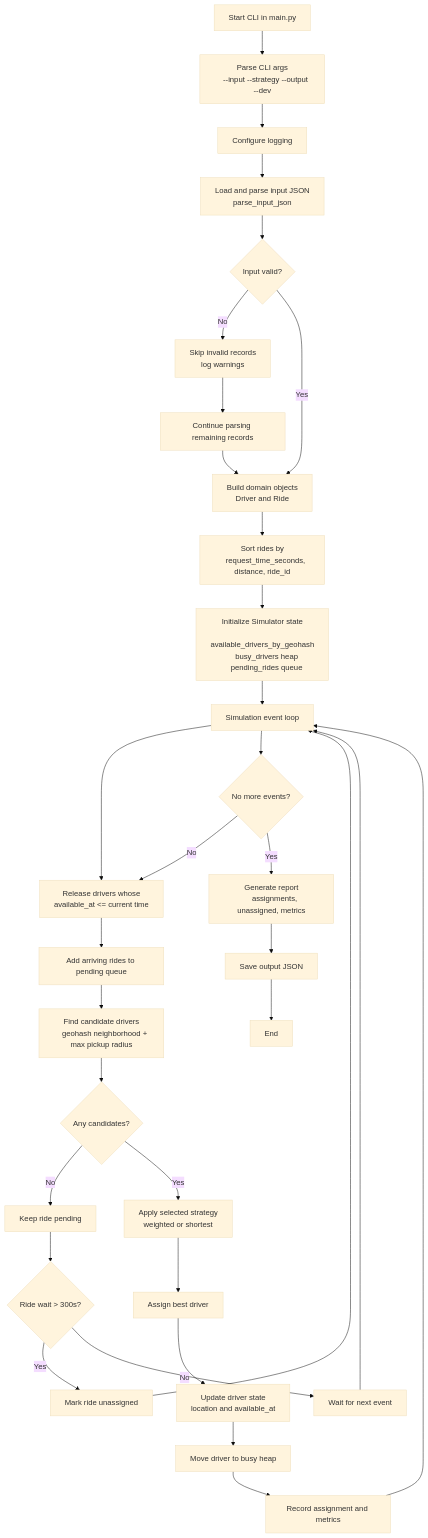
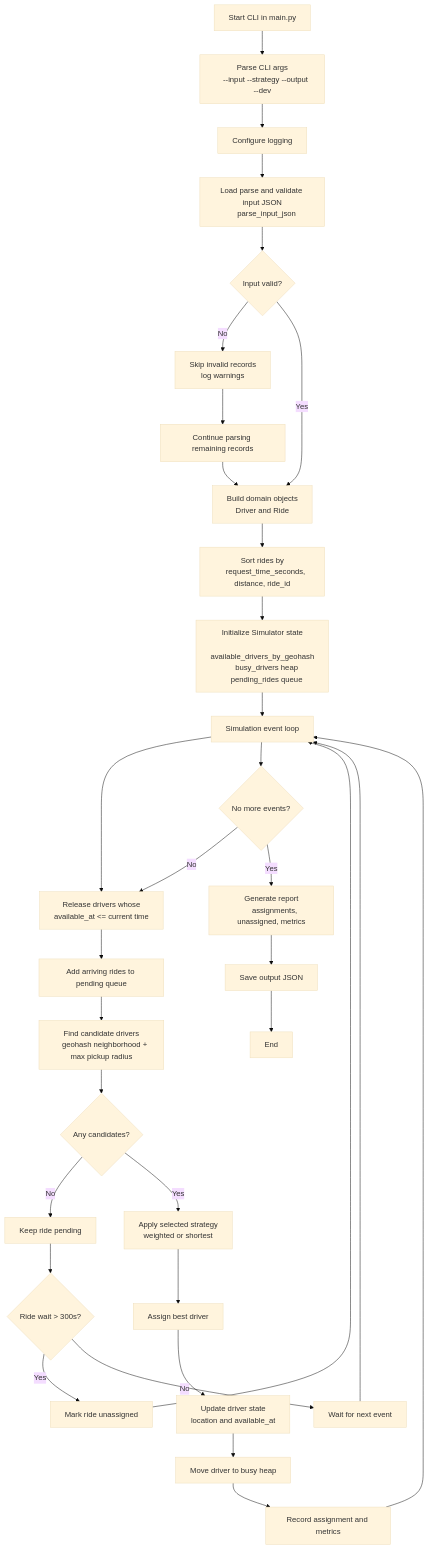
Before and after one commit to FridiT/ride-share-simulator_: the diagram in SYSTEM_FLOWCHART.md, drawn with Mermaid (base theme).

````diff
--- a/SYSTEM_FLOWCHART.md
+++ b/SYSTEM_FLOWCHART.md
@@ -5,56 +5,56 @@
 ```mermaid
 flowchart TD
     A[Start CLI in main.py] --> B[Parse CLI args
     --input --strategy --output --dev]
     B --> C[Configure logging]
-    C --> D[Load and parse input JSON
+    C --> D[Load parse and validate input JSON
     parse_input_json]
 
     D --> E{Input valid?}
     E -- No --> F[Skip invalid records
     log warnings]
     F --> G[Continue parsing remaining records]
     G --> H[Build domain objects
     Driver and Ride]
     E -- Yes --> H
 
     H --> I[Sort rides by
     request_time_seconds, distance, ride_id]
     I --> J[Initialize Simulator state
     available_drivers_by_geohash
     busy_drivers heap
     pending_rides queue]
 
     J --> K[Simulation event loop]
 
     K --> L[Release drivers whose
     available_at <= current time]
     L --> M[Add arriving rides to pending queue]
     M --> N[Find candidate drivers
     geohash neighborhood + max pickup radius]
 
     N --> O{Any candidates?}
     O -- No --> P[Keep ride pending]
     P --> Q{Ride wait > 300s?}
     Q -- Yes --> R[Mark ride unassigned]
     Q -- No --> S[Wait for next event]
     S --> K
 
     O -- Yes --> T[Apply selected strategy
     weighted or shortest]
     T --> U[Assign best driver]
     U --> V[Update driver state
     location and available_at]
     V --> W[Move driver to busy heap]
     W --> X[Record assignment and metrics]
     X --> K
 
     R --> K
 
     K --> Y{No more events?}
     Y -- No --> L
     Y -- Yes --> Z[Generate report
     assignments, unassigned, metrics]
     Z --> AA[Save output JSON]
     AA --> AB[End]
 ```
````
